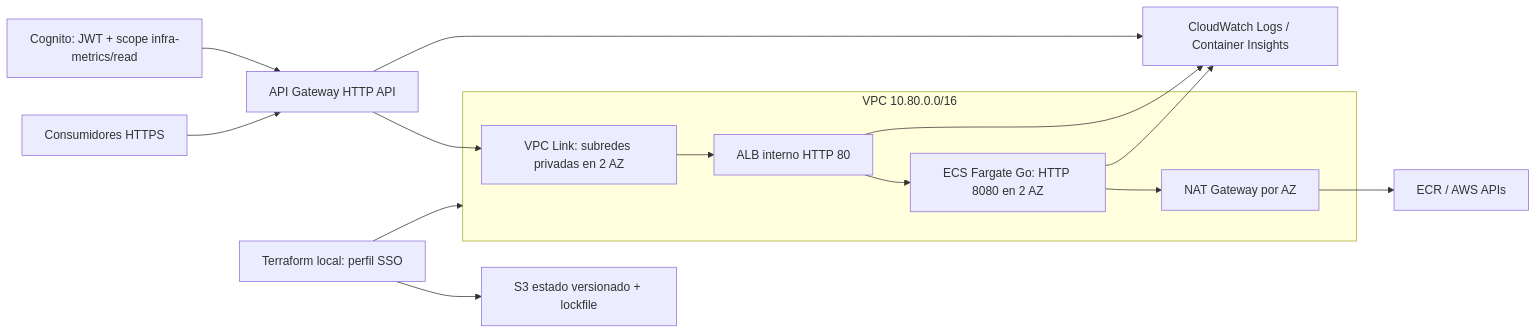
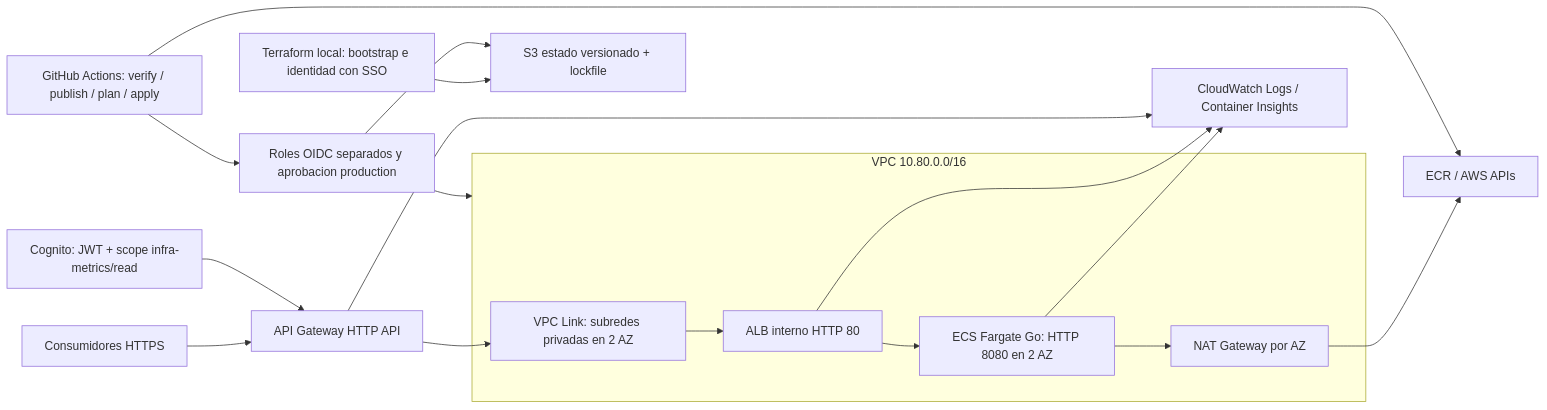
Before and after one commit to Camilo2299/MeliChallenge: the diagram in docs/architecture.md, drawn with Mermaid. The commit also changed other lines of this file and 2 other files, not shown here.

Commit message:
Document deployed validation evidence

````diff
--- a/docs/architecture.md
+++ b/docs/architecture.md
@@ -3,17 +3,20 @@
 ```mermaid
 flowchart LR
   C[Consumidores HTTPS] --> G[API Gateway HTTP API]
   IDP[Cognito: JWT + scope infra-metrics/read] --> G
   G --> L[VPC Link: subredes privadas en 2 AZ]
   subgraph VPC["VPC 10.80.0.0/16"]
     L --> A[ALB interno HTTP 80]
     A --> E[ECS Fargate Go: HTTP 8080 en 2 AZ]
     E --> N[NAT Gateway por AZ]
   end
   N --> R[ECR / AWS APIs]
   E --> CW[CloudWatch Logs / Container Insights]
   G --> CW
   A --> CW
-  TF[Terraform local: perfil SSO] --> BS[S3 estado versionado + lockfile]
-  TF --> VPC
+  TF[Terraform local: bootstrap e identidad con SSO] --> BS[S3 estado versionado + lockfile]
+  CI[GitHub Actions: verify / publish / plan / apply] --> R
+  CI --> OIDC[Roles OIDC separados y aprobacion production]
+  OIDC --> BS
+  OIDC --> VPC
 ```
````
